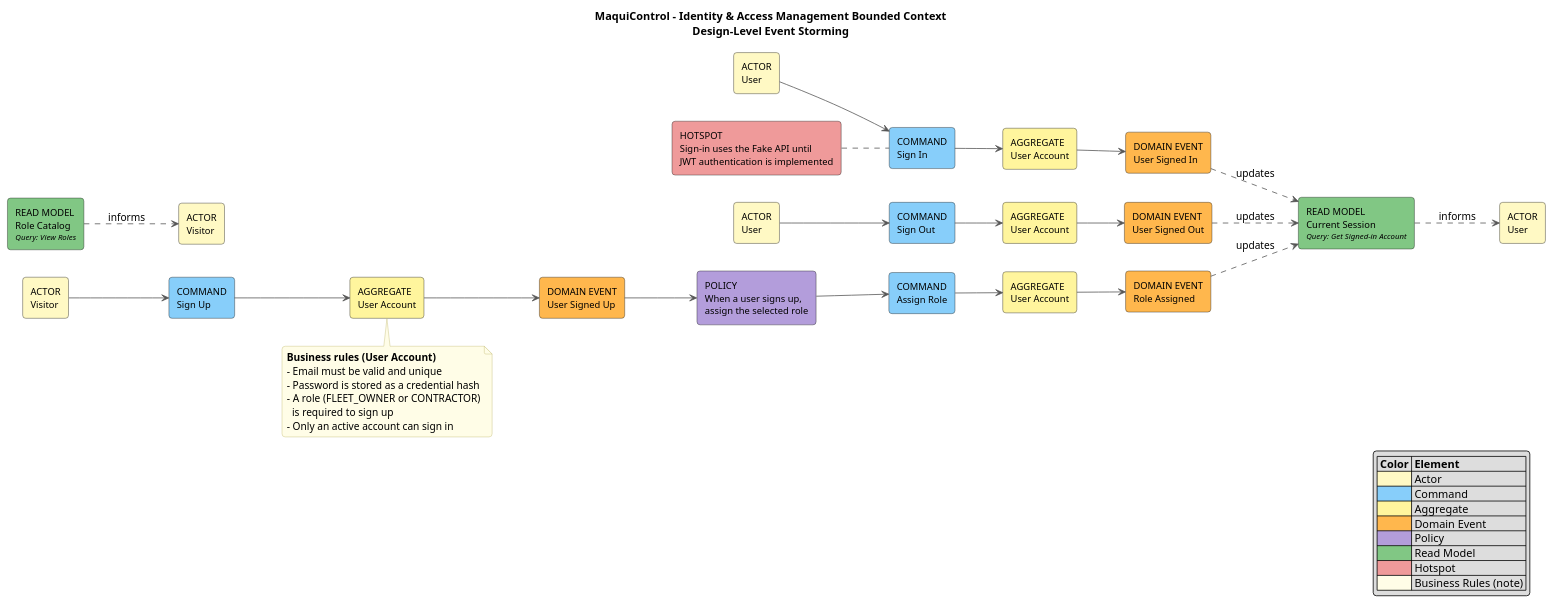
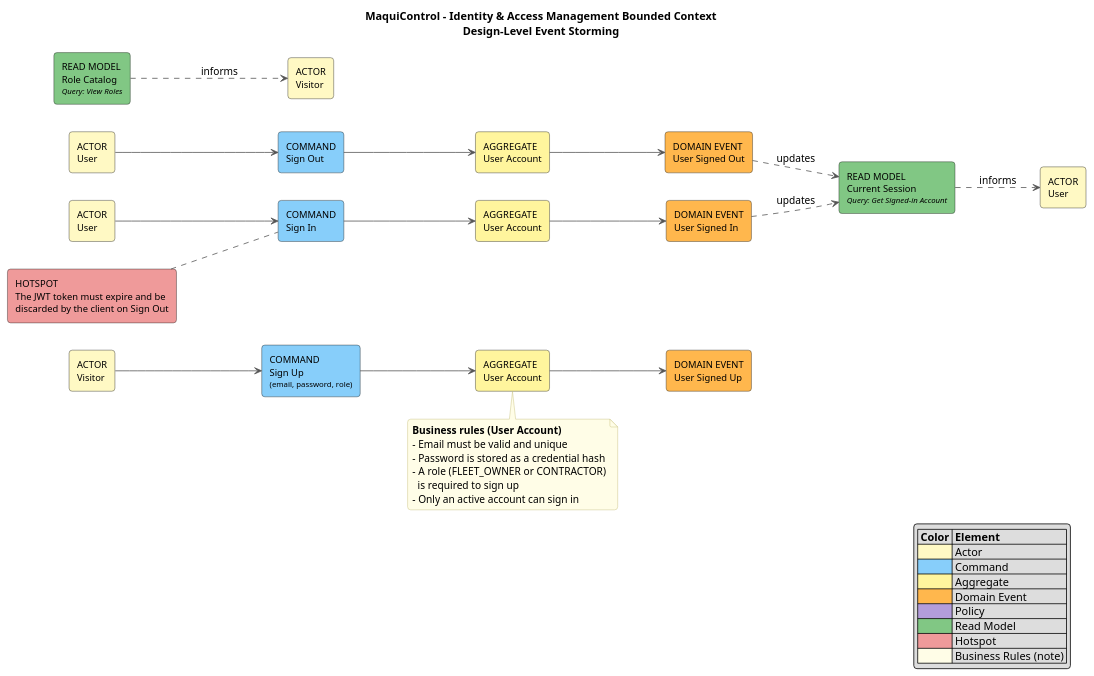
The diagram in docs/architecture/event-storming/identity-access-management-design-level.puml (upc-pre-202620-1asi0729-7750-heavytech/maquicontrol-report), drawn with PlantUML before and after one commit. The commit also changed 7 other files, not shown here.

First line of the commit message:
docs(event-storming): align command names with the web application

```diff
--- a/docs/architecture/event-storming/identity-access-management-design-level.puml
+++ b/docs/architecture/event-storming/identity-access-management-design-level.puml
@@ -1,80 +1,71 @@
 @startuml
 title MaquiControl - Identity & Access Management Bounded Context\nDesign-Level Event Storming
 
 left to right direction
 skinparam shadowing false
 skinparam roundcorner 8
 skinparam defaultFontName Arial
 skinparam rectangleFontSize 12
 skinparam noteBackgroundColor #FFFDE7
 skinparam noteBorderColor #BDB76B
 skinparam ArrowColor #555555
 
 ' ===== Actor -> Command -> Aggregate -> Domain Event =====
-rectangle "COMMAND\nSign Up" as CMD_SIGN_UP #87CEFA
+rectangle "COMMAND\nSign Up\n<size:10>(email, password, role)</size>" as CMD_SIGN_UP #87CEFA
 rectangle "AGGREGATE\nUser Account" as AGG_USER_ACCOUNT_0 #FFF59D
 rectangle "DOMAIN EVENT\nUser Signed Up" as EVT_USER_SIGNED_UP #FFB74D
 rectangle "ACTOR\nVisitor" as ACT_VISITOR_0 #FFF9C4
 rectangle "COMMAND\nSign In" as CMD_SIGN_IN #87CEFA
 rectangle "AGGREGATE\nUser Account" as AGG_USER_ACCOUNT_1 #FFF59D
 rectangle "DOMAIN EVENT\nUser Signed In" as EVT_USER_SIGNED_IN #FFB74D
 rectangle "ACTOR\nUser" as ACT_USER_1 #FFF9C4
 rectangle "COMMAND\nSign Out" as CMD_SIGN_OUT #87CEFA
 rectangle "AGGREGATE\nUser Account" as AGG_USER_ACCOUNT_2 #FFF59D
 rectangle "DOMAIN EVENT\nUser Signed Out" as EVT_USER_SIGNED_OUT #FFB74D
 rectangle "ACTOR\nUser" as ACT_USER_2 #FFF9C4
-rectangle "COMMAND\nAssign Role" as CMD_ASSIGN_ROLE #87CEFA
-rectangle "AGGREGATE\nUser Account" as AGG_USER_ACCOUNT_3 #FFF59D
-rectangle "DOMAIN EVENT\nRole Assigned" as EVT_ROLE_ASSIGNED #FFB74D
 
 ' ===== Policies =====
-rectangle "POLICY\nWhen a user signs up,\nassign the selected role" as POL_0 #B39DDB
 
 ' ===== Read Models =====
 rectangle "READ MODEL\nCurrent Session\n<size:10><i>Query: Get Signed-in Account</i></size>" as RM_0 #81C784
 rectangle "ACTOR\nUser" as ACT_RM_0 #FFF9C4
 rectangle "READ MODEL\nRole Catalog\n<size:10><i>Query: View Roles</i></size>" as RM_1 #81C784
 rectangle "ACTOR\nVisitor" as ACT_RM_1 #FFF9C4
-rectangle "HOTSPOT\nSign-in uses the Fake API until\nJWT authentication is implemented" as HOT_0 #EF9A9A
+rectangle "HOTSPOT\nThe JWT token must expire and be\ndiscarded by the client on Sign Out" as HOT_0 #EF9A9A
 
 ACT_VISITOR_0 --> CMD_SIGN_UP
 CMD_SIGN_UP --> AGG_USER_ACCOUNT_0
 AGG_USER_ACCOUNT_0 --> EVT_USER_SIGNED_UP
 note bottom of AGG_USER_ACCOUNT_0
 <b>Business rules (User Account)</b>
 - Email must be valid and unique
 - Password is stored as a credential hash
 - A role (FLEET_OWNER or CONTRACTOR)
   is required to sign up
 - Only an active account can sign in
 end note
 ACT_USER_1 --> CMD_SIGN_IN
 CMD_SIGN_IN --> AGG_USER_ACCOUNT_1
 AGG_USER_ACCOUNT_1 --> EVT_USER_SIGNED_IN
 ACT_USER_2 --> CMD_SIGN_OUT
 CMD_SIGN_OUT --> AGG_USER_ACCOUNT_2
 AGG_USER_ACCOUNT_2 --> EVT_USER_SIGNED_OUT
-CMD_ASSIGN_ROLE --> AGG_USER_ACCOUNT_3
-AGG_USER_ACCOUNT_3 --> EVT_ROLE_ASSIGNED
-EVT_USER_SIGNED_UP --> POL_0
-POL_0 --> CMD_ASSIGN_ROLE
 EVT_USER_SIGNED_IN ..> RM_0 : updates
 EVT_USER_SIGNED_OUT ..> RM_0 : updates
-EVT_ROLE_ASSIGNED ..> RM_0 : updates
 RM_0 ..> ACT_RM_0 : informs
 RM_1 ..> ACT_RM_1 : informs
 HOT_0 .. CMD_SIGN_IN
 
 legend right
 |= Color |= Element |
 |<#FFF9C4>| Actor |
 |<#87CEFA>| Command |
 |<#FFF59D>| Aggregate |
 |<#FFB74D>| Domain Event |
 |<#B39DDB>| Policy |
 |<#81C784>| Read Model |
 |<#EF9A9A>| Hotspot |
 |<#FFFDE7>| Business Rules (note) |
 endlegend
 
 @enduml
```
